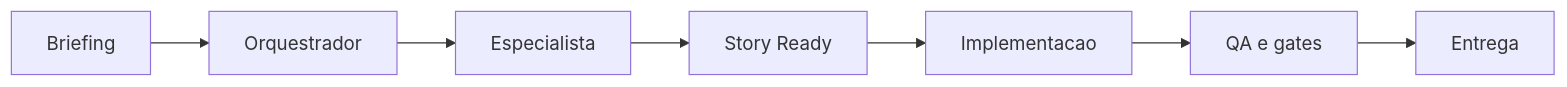
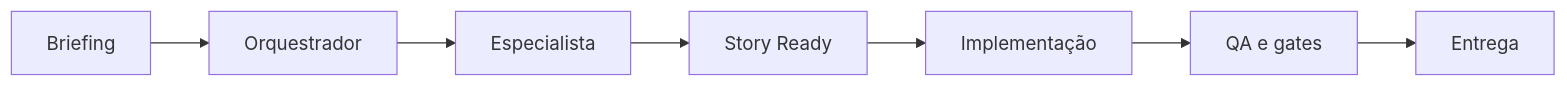
Before and after one commit to caioimori/sinapse-ai: the diagram in README.md, drawn with Mermaid. The commit also changed other lines of this file and 5 other files, not shown here.

````diff
--- a/README.md
+++ b/README.md
@@ -70,9 +70,9 @@
 ```mermaid
 flowchart LR
   A[Briefing] --> B[Orquestrador]
   B --> C[Especialista]
   C --> D[Story Ready]
-  D --> E[Implementacao]
+  D --> E[Implementação]
   E --> F[QA e gates]
   F --> G[Entrega]
 ```
````
